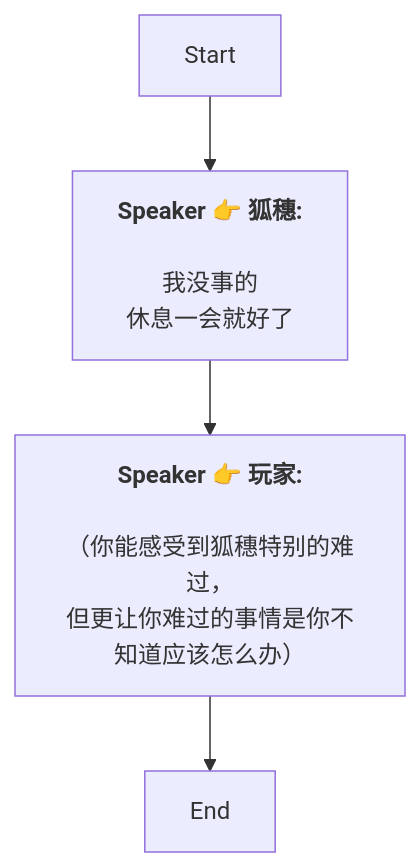
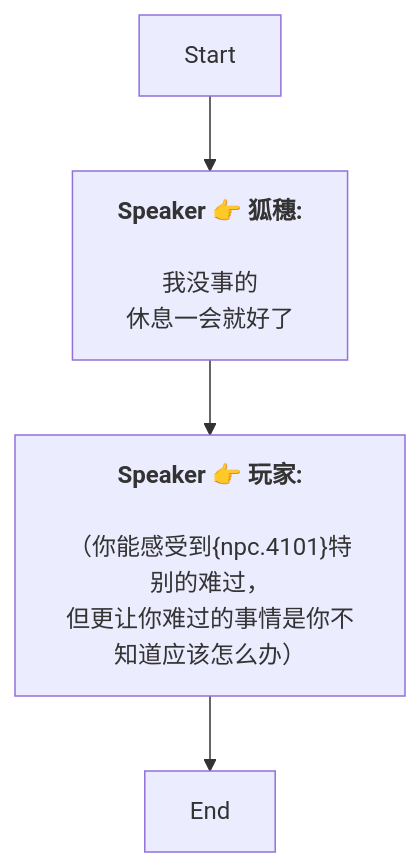
One commit to SoftHu/tos_avg changed the diagram in Zh/AddDialogNode_1738551309133086.md. Above: the diagram before and after it, drawn with Mermaid. The commit also changed 199 other files, not shown here.

````diff
--- a/Zh/AddDialogNode_1738551309133086.md
+++ b/Zh/AddDialogNode_1738551309133086.md
@@ -1,13 +1,13 @@
 ```mermaid
 graph
 Start -->1738551382236449[<b>Speaker 👉 狐穗:</b>
 
 我没事的
 休息一会就好了]
 1738551382236449 -->1738551568188707[<b>Speaker 👉 玩家:</b>
 
-（你能感受到狐穗特别的难过，
+（你能感受到&lbrace;npc.4101&rbrace;特别的难过，
 但更让你难过的事情是你不知道应该怎么办）]
 1738551568188707 -->1738551384198434[End]
 
  ```
````
